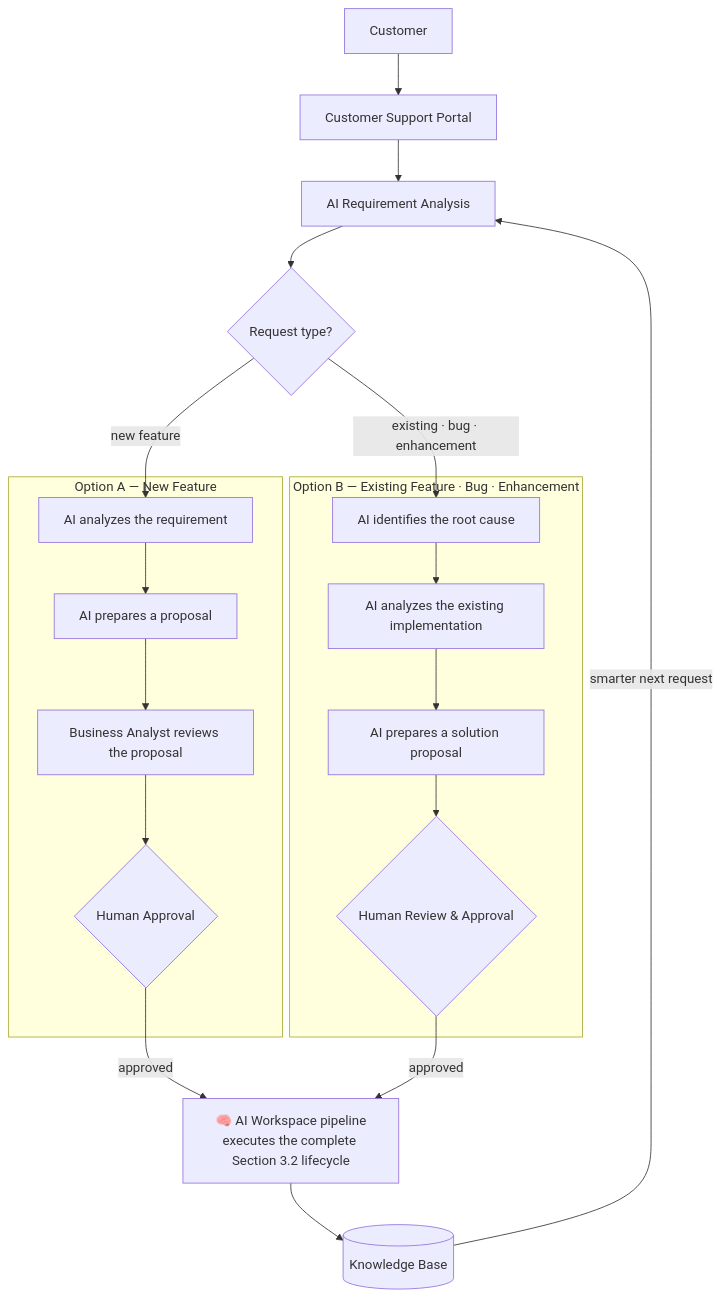
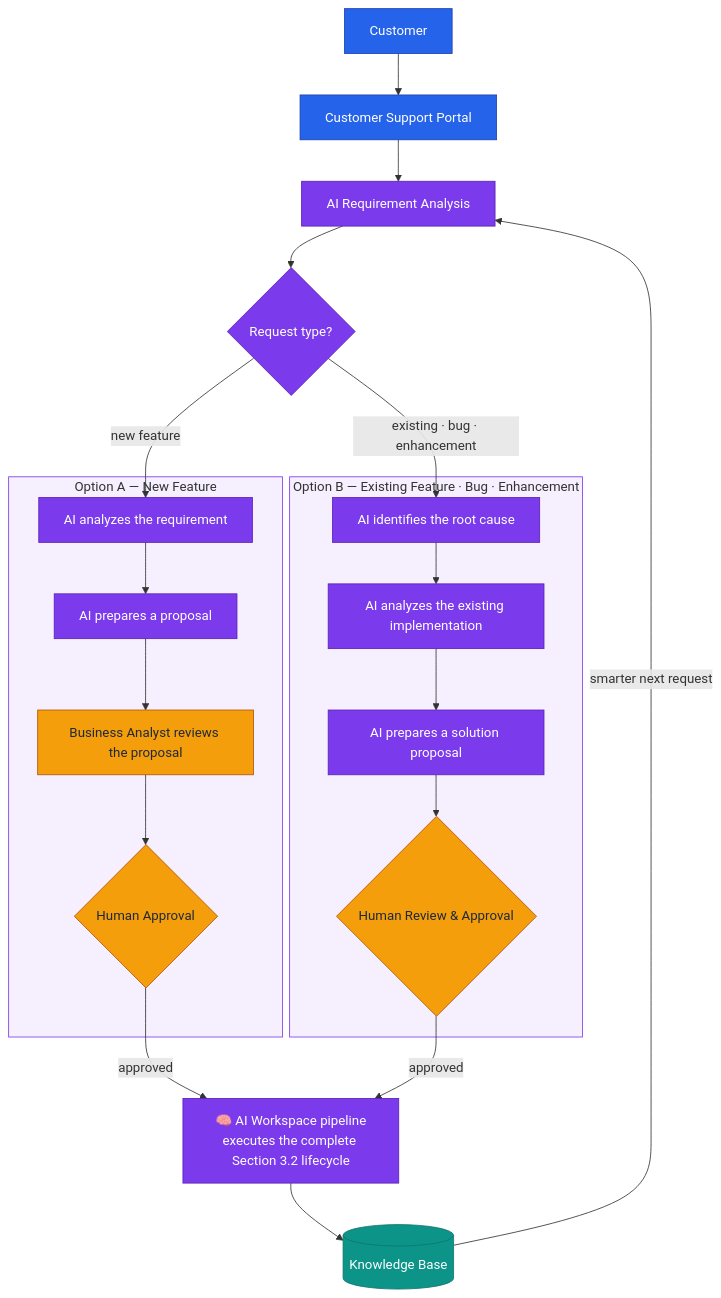
One commit to peopledesk-app/engineering-blueprint changed the fifth of 6 diagrams in peopledesk-ba-workspace/README.md. Above: the diagram before and after it, drawn with Mermaid. The commit also changed other lines of this file, not shown here.

First line of the commit message:
Color-code all diagrams with a consistent semantic palette

````diff
--- a/peopledesk-ba-workspace/README.md
+++ b/peopledesk-ba-workspace/README.md
@@ -181,27 +228,38 @@
 ```mermaid
 flowchart TB
 
 CUST[Customer] --> PORTAL[Customer Support Portal]
 PORTAL --> AIRA[AI Requirement Analysis]
 AIRA --> TYPE{Request type?}
 
 subgraph OPTA["Option A — New Feature"]
     A1[AI analyzes the requirement] --> A2[AI prepares a proposal]
     A2 --> A3[Business Analyst reviews the proposal]
     A3 --> A4{Human Approval}
 end
 
 subgraph OPTB["Option B — Existing Feature · Bug · Enhancement"]
     B1[AI identifies the root cause] --> B2[AI analyzes the existing implementation]
     B2 --> B3[AI prepares a solution proposal]
     B3 --> B4{"Human Review & Approval"}
 end
 
 TYPE -->|new feature| A1
 TYPE -->|existing · bug · enhancement| B1
 
 A4 -->|approved| WS["🧠 AI Workspace pipeline<br/>executes the complete Section 3.2 lifecycle"]
 B4 -->|approved| WS
 WS --> KB[(Knowledge Base)]
 KB -->|smarter next request| AIRA
+
+classDef ai fill:#7C3AED,stroke:#5B21B6,color:#FFFFFF
+classDef human fill:#F59E0B,stroke:#B45309,color:#1F2937
+classDef kb fill:#0D9488,stroke:#0F766E,color:#FFFFFF
+classDef env fill:#2563EB,stroke:#1E40AF,color:#FFFFFF
+class CUST,PORTAL env
+class AIRA,TYPE,A1,A2,B1,B2,B3,WS ai
+class A3,A4,B4 human
+class KB kb
+style OPTA fill:#7C3AED14,stroke:#7C3AED
+style OPTB fill:#7C3AED14,stroke:#7C3AED
 ```
````
